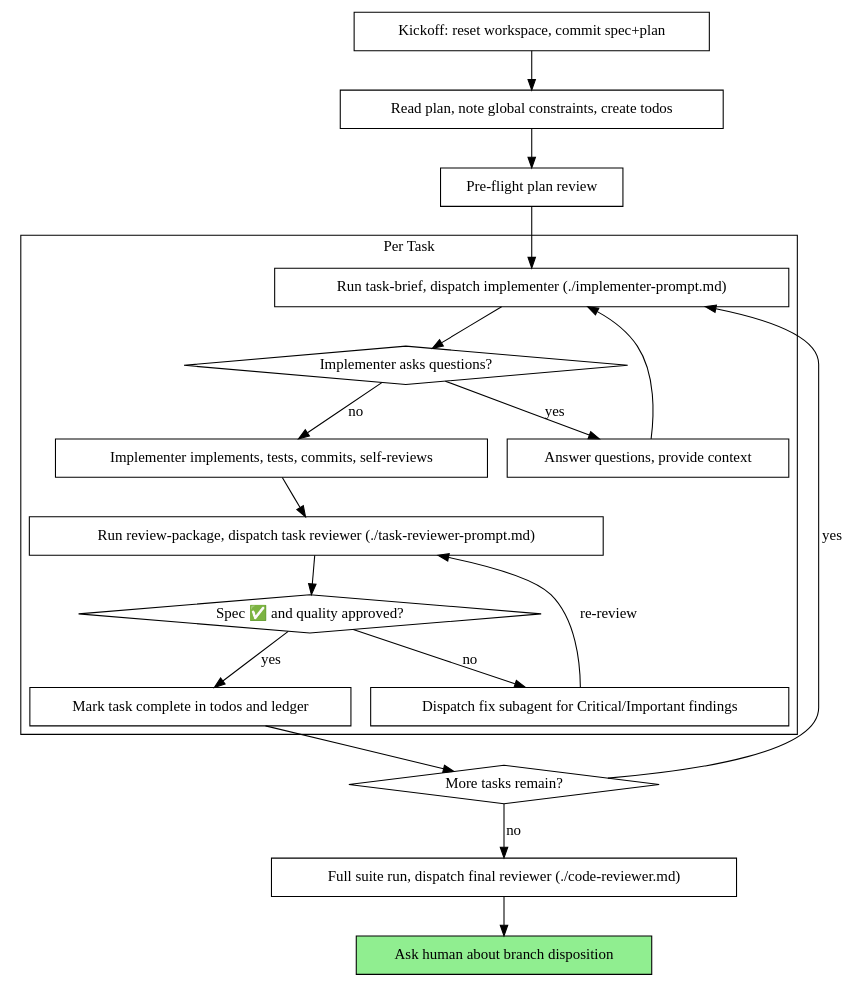
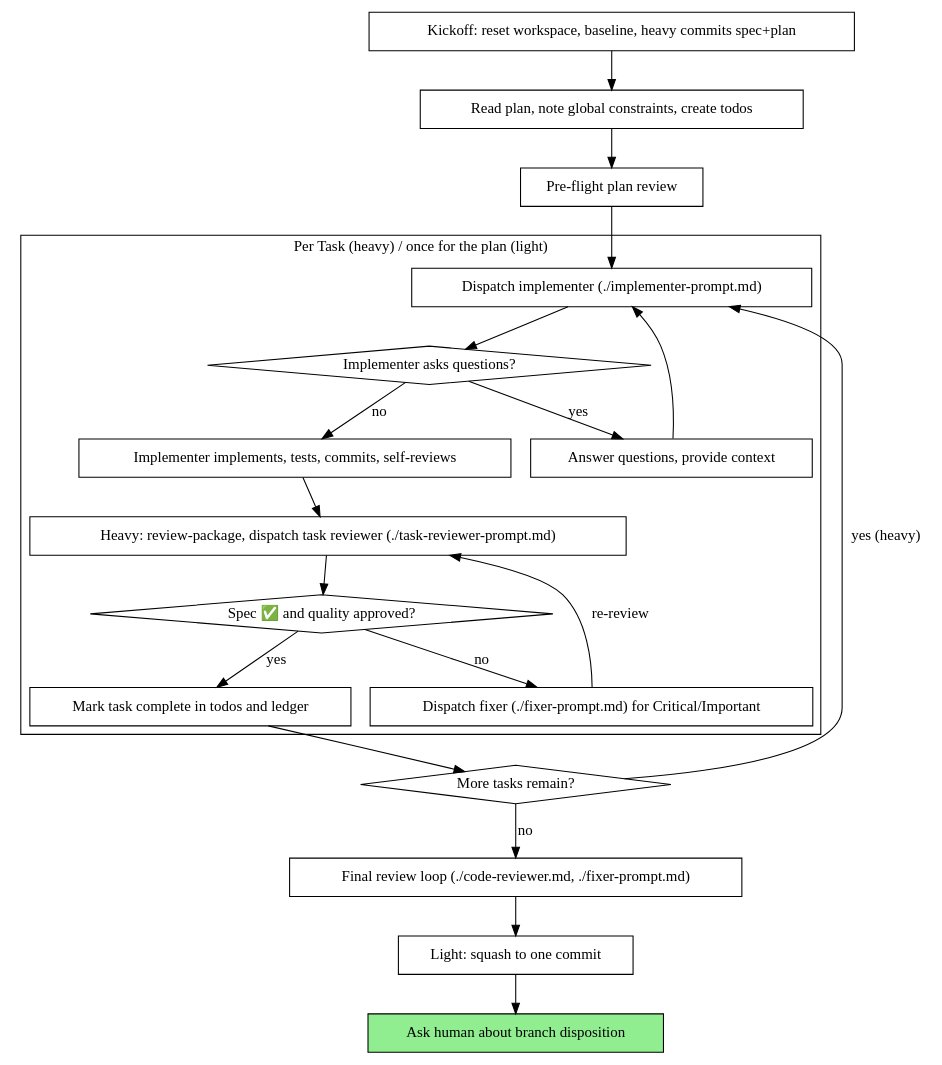
Before and after one commit to ipoeyke/minipowers: the diagram in skills/subagent-driven-development/SKILL.md, drawn with Graphviz. The commit also changed other lines of this file and 10 other files, not shown here.

Commit message:
feat: route every spec through writing-plans, triage tier by task count, and harden the review loop

````diff
--- a/skills/subagent-driven-development/SKILL.md
+++ b/skills/subagent-driven-development/SKILL.md
@@ -23,41 +29,43 @@
 ```dot
 digraph process {
     rankdir=TB;
 
     subgraph cluster_per_task {
-        label="Per Task";
-        "Run task-brief, dispatch implementer (./implementer-prompt.md)" [shape=box];
+        label="Per Task (heavy) / once for the plan (light)";
+        "Dispatch implementer (./implementer-prompt.md)" [shape=box];
         "Implementer asks questions?" [shape=diamond];
         "Answer questions, provide context" [shape=box];
         "Implementer implements, tests, commits, self-reviews" [shape=box];
-        "Run review-package, dispatch task reviewer (./task-reviewer-prompt.md)" [shape=box];
+        "Heavy: review-package, dispatch task reviewer (./task-reviewer-prompt.md)" [shape=box];
         "Spec ✅ and quality approved?" [shape=diamond];
-        "Dispatch fix subagent for Critical/Important findings" [shape=box];
+        "Dispatch fixer (./fixer-prompt.md) for Critical/Important" [shape=box];
         "Mark task complete in todos and ledger" [shape=box];
     }
 
-    "Kickoff: reset workspace, commit spec+plan" [shape=box];
+    "Kickoff: reset workspace, baseline, heavy commits spec+plan" [shape=box];
     "Read plan, note global constraints, create todos" [shape=box];
     "Pre-flight plan review" [shape=box];
     "More tasks remain?" [shape=diamond];
-    "Full suite run, dispatch final reviewer (./code-reviewer.md)" [shape=box];
+    "Final review loop (./code-reviewer.md, ./fixer-prompt.md)" [shape=box];
+    "Light: squash to one commit" [shape=box];
     "Ask human about branch disposition" [shape=box style=filled fillcolor=lightgreen];
 
-    "Kickoff: reset workspace, commit spec+plan" -> "Read plan, note global constraints, create todos";
+    "Kickoff: reset workspace, baseline, heavy commits spec+plan" -> "Read plan, note global constraints, create todos";
     "Read plan, note global constraints, create todos" -> "Pre-flight plan review";
-    "Pre-flight plan review" -> "Run task-brief, dispatch implementer (./implementer-prompt.md)";
-    "Run task-brief, dispatch implementer (./implementer-prompt.md)" -> "Implementer asks questions?";
+    "Pre-flight plan review" -> "Dispatch implementer (./implementer-prompt.md)";
+    "Dispatch implementer (./implementer-prompt.md)" -> "Implementer asks questions?";
     "Implementer asks questions?" -> "Answer questions, provide context" [label="yes"];
-    "Answer questions, provide context" -> "Run task-brief, dispatch implementer (./implementer-prompt.md)";
+    "Answer questions, provide context" -> "Dispatch implementer (./implementer-prompt.md)";
     "Implementer asks questions?" -> "Implementer implements, tests, commits, self-reviews" [label="no"];
-    "Implementer implements, tests, commits, self-reviews" -> "Run review-package, dispatch task reviewer (./task-reviewer-prompt.md)";
-    "Run review-package, dispatch task reviewer (./task-reviewer-prompt.md)" -> "Spec ✅ and quality approved?";
-    "Spec ✅ and quality approved?" -> "Dispatch fix subagent for Critical/Important findings" [label="no"];
-    "Dispatch fix subagent for Critical/Important findings" -> "Run review-package, dispatch task reviewer (./task-reviewer-prompt.md)" [label="re-review"];
+    "Implementer implements, tests, commits, self-reviews" -> "Heavy: review-package, dispatch task reviewer (./task-reviewer-prompt.md)";
+    "Heavy: review-package, dispatch task reviewer (./task-reviewer-prompt.md)" -> "Spec ✅ and quality approved?";
+    "Spec ✅ and quality approved?" -> "Dispatch fixer (./fixer-prompt.md) for Critical/Important" [label="no"];
+    "Dispatch fixer (./fixer-prompt.md) for Critical/Important" -> "Heavy: review-package, dispatch task reviewer (./task-reviewer-prompt.md)" [label="re-review"];
     "Spec ✅ and quality approved?" -> "Mark task complete in todos and ledger" [label="yes"];
     "Mark task complete in todos and ledger" -> "More tasks remain?";
-    "More tasks remain?" -> "Run task-brief, dispatch implementer (./implementer-prompt.md)" [label="yes"];
-    "More tasks remain?" -> "Full suite run, dispatch final reviewer (./code-reviewer.md)" [label="no"];
-    "Full suite run, dispatch final reviewer (./code-reviewer.md)" -> "Ask human about branch disposition";
+    "More tasks remain?" -> "Dispatch implementer (./implementer-prompt.md)" [label="yes (heavy)"];
+    "More tasks remain?" -> "Final review loop (./code-reviewer.md, ./fixer-prompt.md)" [label="no"];
+    "Final review loop (./code-reviewer.md, ./fixer-prompt.md)" -> "Light: squash to one commit";
+    "Light: squash to one commit" -> "Ask human about branch disposition";
 }
 ```
````
